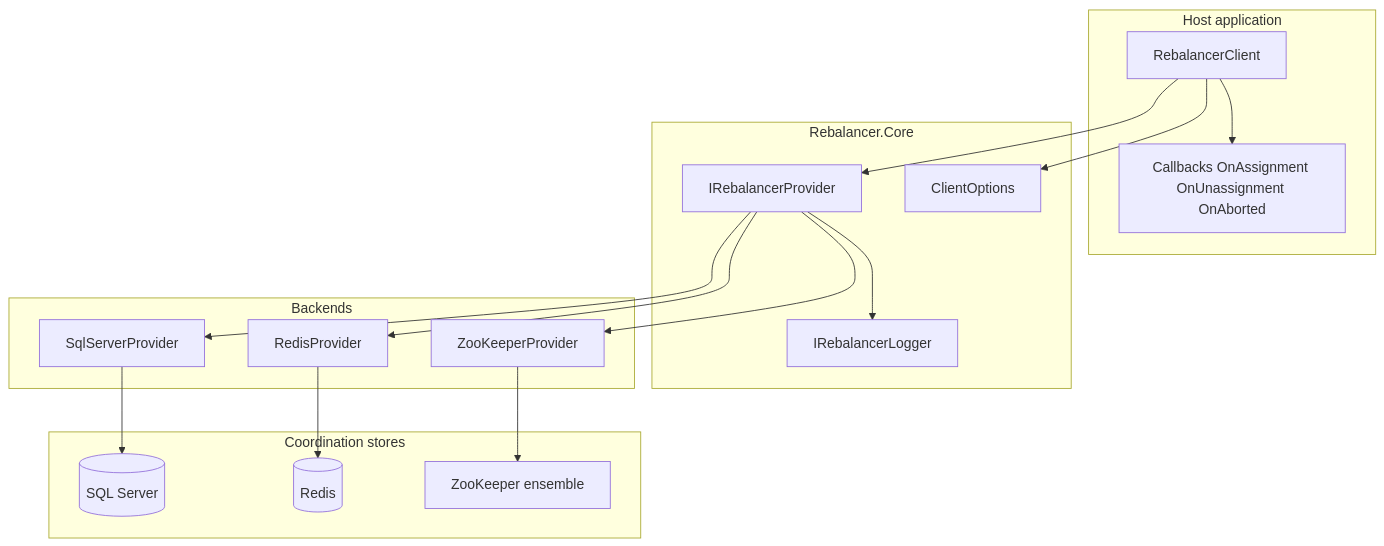
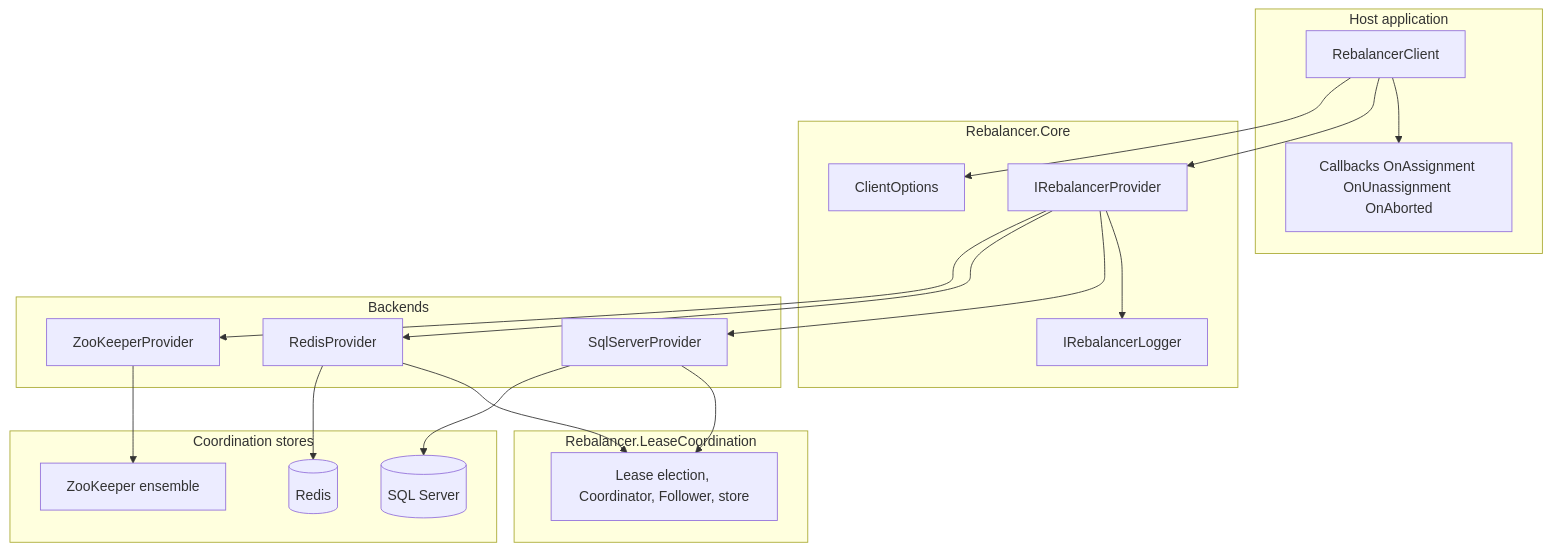
The diagram in docs/architecture/rebalancer-overview.md (dradoaica/Rebalancer), drawn with Mermaid before and after one commit. The commit also changed other lines of this file and 117 other files, not shown here.

First line of the commit message:
refactor: shared Rebalancer.LeaseCoordination project for SQL Server and Redis (ADR-0029)

````diff
--- a/docs/architecture/rebalancer-overview.md
+++ b/docs/architecture/rebalancer-overview.md
@@ -7,32 +7,37 @@
 ```mermaid
 flowchart TB
   subgraph host [Host application]
     RC[RebalancerClient]
     CB[Callbacks OnAssignment OnUnassignment OnAborted]
     RC --> CB
   end
   subgraph core [Rebalancer.Core]
     IP[IRebalancerProvider]
     OPT[ClientOptions]
     LOG[IRebalancerLogger]
   end
   RC --> IP
   RC --> OPT
   IP --> LOG
   subgraph backends [Backends]
     SS[SqlServerProvider]
     RD[RedisProvider]
     ZK[ZooKeeperProvider]
   end
   IP --> SS
   IP --> RD
   IP --> ZK
+  subgraph lease [Rebalancer.LeaseCoordination]
+    LC[Lease election, Coordinator, Follower, store]
+  end
+  SS --> LC
+  RD --> LC
   subgraph stores [Coordination stores]
     SQL[(SQL Server)]
     RDIS[(Redis)]
     ZKN[ZooKeeper ensemble]
   end
   SS --> SQL
   RD --> RDIS
   ZK --> ZKN
 ```
````
